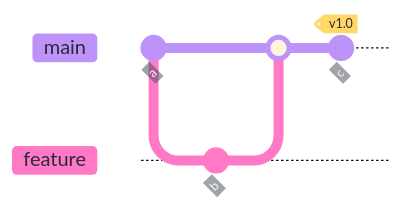
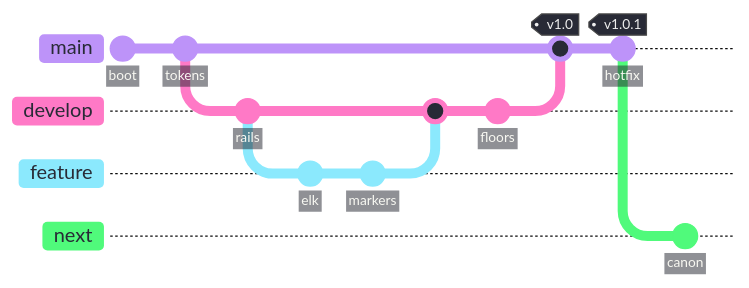
One commit to bsamiee/Rasm changed diagram 16 of 25 in .claude/skills/mermaid-diagramming/references/syntax-extended.md. Above: the diagram before and after it, drawn with Mermaid. The commit also changed other lines of this file and 56 other files, not shown here.

````diff
--- a/.claude/skills/mermaid-diagramming/references/syntax-extended.md
+++ b/.claude/skills/mermaid-diagramming/references/syntax-extended.md
@@ -506,30 +836,50 @@
 ```mermaid
 ---
 config:
   theme: base
   look: classic
+  gitGraph:
+    rotateCommitLabel: false
   themeVariables:
     darkMode: true
     fontFamily: "SF Mono, Menlo, Cascadia Mono, Segoe UI Mono, Consolas, monospace"
     useGradient: false
     dropShadow: "none"
+    mainBkg: "#282A36"
+    primaryColor: "#282A36"
     git0: "#BD93F9"
     git1: "#FF79C6"
+    git2: "#8BE9FD"
+    git3: "#50FA7B"
     gitBranchLabel0: "#282A36"
     gitBranchLabel1: "#282A36"
+    gitBranchLabel2: "#282A36"
+    gitBranchLabel3: "#282A36"
     commitLabelColor: "#F8F8F2"
-    commitLabelBackground: "#44475A"
-    tagLabelColor: "#282A36"
-    tagLabelBackground: "#FFD866"
+    commitLabelBackground: "#21222C"
+    commitLabelFontSize: "11px"
+    tagLabelFontSize: "11px"
+  themeCSS: ".arrow{stroke-width:2px}.arrow3{stroke-dasharray:6 6}.commit-bullets circle{transform-box:fill-box;transform-origin:center;transform:scale(.75)}.tag-label-bkg{fill:#FFD86654;stroke:#FFD866}.tag-label{fill:#F8F8F2}.tag-hole{fill:#282A36}"
 ---
 gitGraph LR:
-  accTitle: Branch history demo
-  accDescr: A feature branch cut from main and merged back with a release tag.
-  commit id: "a"
+  accTitle: Release branch history
+  accDescr: A develop branch cut from main, a feature merged into develop, develop merged back for a tagged release, and an in-flight next branch cut after the release.
+  commit id: "boot"
+  commit id: "tokens"
+  branch develop
+  checkout develop
+  commit id: "rails"
   branch feature
   checkout feature
-  commit id: "b"
+  commit id: "elk"
+  commit id: "markers"
+  checkout develop
+  merge feature
+  commit id: "floors"
   checkout main
-  merge feature
-  commit id: "c" tag: "v1.0"
+  merge develop tag: "v1.0"
+  commit id: "hotfix" tag: "v1.0.1"
+  branch next
+  checkout next
+  commit id: "canon"
 ```
````
